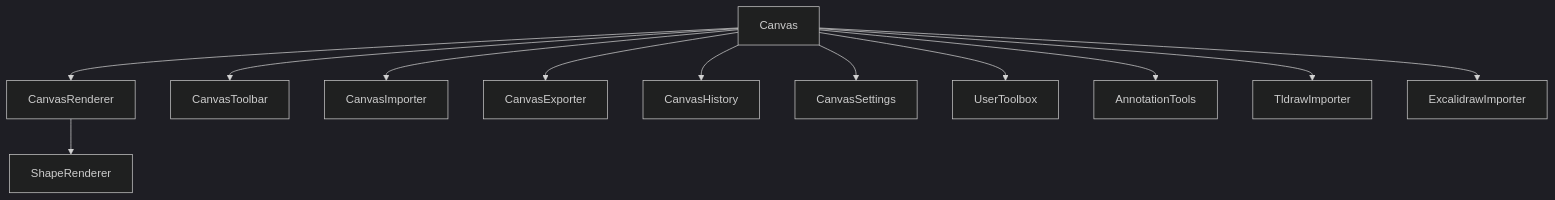
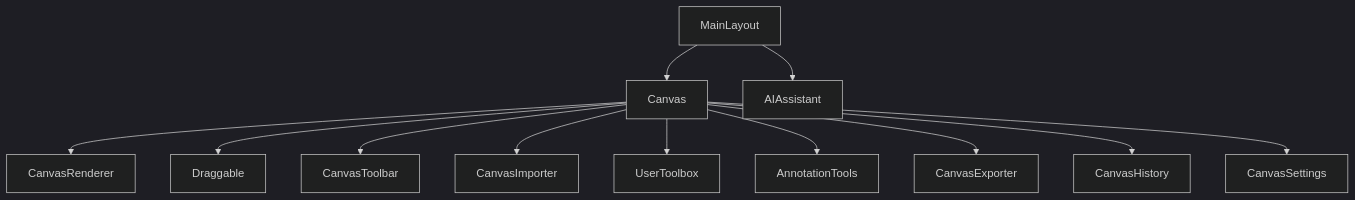
The diagram in docs/architecture/baseline.md (rebots-online/tllmdraw), drawn with Mermaid (dark theme) before and after one commit. The commit also changed other lines of this file and 6 other files, not shown here.

````diff
--- a/docs/architecture/baseline.md
+++ b/docs/architecture/baseline.md
@@ -5,14 +5,14 @@
 ```mermaid
 graph TD
+  MainLayout --> Canvas
+  MainLayout --> AIAssistant
   Canvas --> CanvasRenderer
+  Canvas --> Draggable
   Canvas --> CanvasToolbar
   Canvas --> CanvasImporter
+  Canvas --> UserToolbox
+  Canvas --> AnnotationTools
   Canvas --> CanvasExporter
   Canvas --> CanvasHistory
   Canvas --> CanvasSettings
-  Canvas --> UserToolbox
-  Canvas --> AnnotationTools
-  Canvas --> TldrawImporter
-  Canvas --> ExcalidrawImporter
-  CanvasRenderer --> ShapeRenderer
 ```
````
